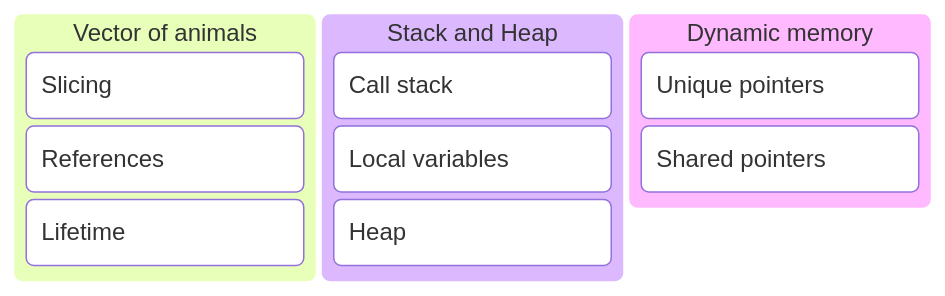
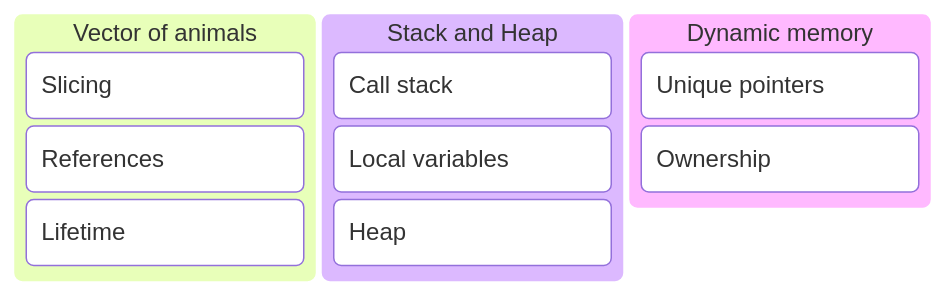
Before and after one commit to GlennVL-AP/cpp-programming-slides: the first of 34 diagrams in slides/session_6/index.md, drawn with Mermaid. The commit also changed other lines of this file, not shown here.

Commit message:
add section about ownership

````diff
--- a/slides/session_6/index.md
+++ b/slides/session_6/index.md
@@ -7,14 +7,14 @@
 ```mermaid
 kanban
   column1[Vector of animals]
     task1[Slicing]
     task2[References]
     task3[Lifetime]
   column2[Stack and Heap]
     task4[Call stack]
     task5[Local variables]
     task6[Heap]
   column3[Dynamic memory]
     task7[Unique pointers]
-    task8[Shared pointers]
+    task8[Ownership]
 ```
````
